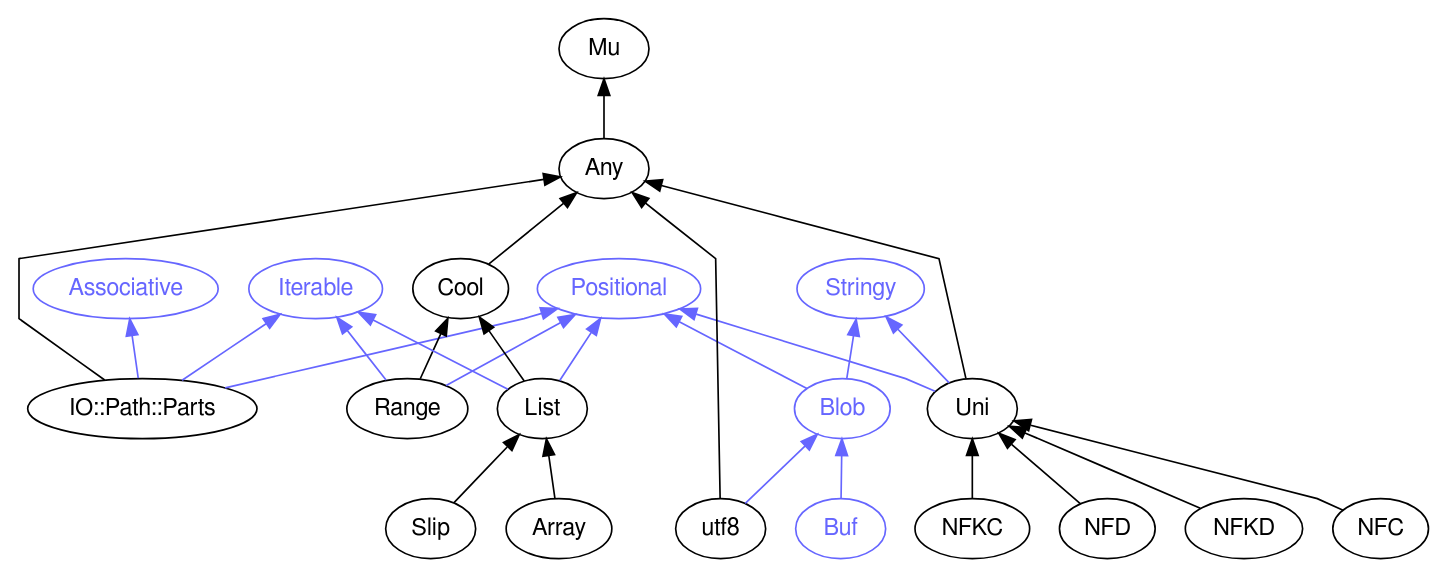
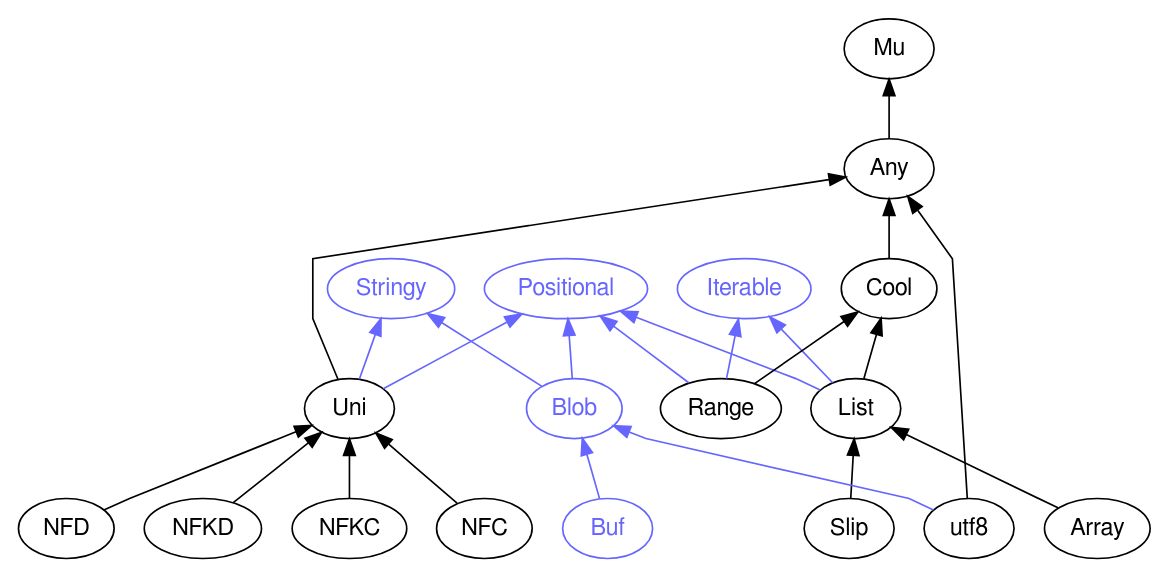
One commit to rakudocs/rakudocs.github.io changed the diagram in images/type-graph-Positional.svg.dot. Above: the diagram before and after it, drawn with Graphviz. The commit also changed 2332 other files, not shown here.

```diff
--- a/images/type-graph-Positional.svg.dot
+++ b/images/type-graph-Positional.svg.dot
@@ -1,57 +1,50 @@
 digraph "perl6-type-graph" {
     rankdir=BT;
     splines=polyline;
     overlap=false; 
-    graph [truecolor=true bgcolor="#FFFFFF"];
     // Types
     "Positional" [color="#6666FF", fontcolor="#6666FF", href="/type/Positional", fontname="FreeSans"];
     "Mu" [color="#000000", fontcolor="#000000", href="/type/Mu", fontname="FreeSans"];
     "Any" [color="#000000", fontcolor="#000000", href="/type/Any", fontname="FreeSans"];
-    "Associative" [color="#6666FF", fontcolor="#6666FF", href="/type/Associative", fontname="FreeSans"];
+    "Stringy" [color="#6666FF", fontcolor="#6666FF", href="/type/Stringy", fontname="FreeSans"];
+    "Uni" [color="#000000", fontcolor="#000000", href="/type/Uni", fontname="FreeSans"];
+    "Cool" [color="#000000", fontcolor="#000000", href="/type/Cool", fontname="FreeSans"];
     "Iterable" [color="#6666FF", fontcolor="#6666FF", href="/type/Iterable", fontname="FreeSans"];
-    "IO::Path::Parts" [color="#000000", fontcolor="#000000", href="/type/IO::Path::Parts", fontname="FreeSans"];
-    "Cool" [color="#000000", fontcolor="#000000", href="/type/Cool", fontname="FreeSans"];
+    "List" [color="#000000", fontcolor="#000000", href="/type/List", fontname="FreeSans"];
+    "Blob" [color="#6666FF", fontcolor="#6666FF", href="/type/Blob", fontname="FreeSans"];
     "Range" [color="#000000", fontcolor="#000000", href="/type/Range", fontname="FreeSans"];
-    "Stringy" [color="#6666FF", fontcolor="#6666FF", href="/type/Stringy", fontname="FreeSans"];
-    "Blob" [color="#6666FF", fontcolor="#6666FF", href="/type/Blob", fontname="FreeSans"];
-    "List" [color="#000000", fontcolor="#000000", href="/type/List", fontname="FreeSans"];
-    "Uni" [color="#000000", fontcolor="#000000", href="/type/Uni", fontname="FreeSans"];
-    "Slip" [color="#000000", fontcolor="#000000", href="/type/Slip", fontname="FreeSans"];
-    "Array" [color="#000000", fontcolor="#000000", href="/type/Array", fontname="FreeSans"];
-    "NFKC" [color="#000000", fontcolor="#000000", href="/type/NFKC", fontname="FreeSans"];
     "NFD" [color="#000000", fontcolor="#000000", href="/type/NFD", fontname="FreeSans"];
     "NFKD" [color="#000000", fontcolor="#000000", href="/type/NFKD", fontname="FreeSans"];
+    "NFKC" [color="#000000", fontcolor="#000000", href="/type/NFKC", fontname="FreeSans"];
     "NFC" [color="#000000", fontcolor="#000000", href="/type/NFC", fontname="FreeSans"];
+    "Array" [color="#000000", fontcolor="#000000", href="/type/Array", fontname="FreeSans"];
+    "Slip" [color="#000000", fontcolor="#000000", href="/type/Slip", fontname="FreeSans"];
     "utf8" [color="#000000", fontcolor="#000000", href="/type/utf8", fontname="FreeSans"];
     "Buf" [color="#6666FF", fontcolor="#6666FF", href="/type/Buf", fontname="FreeSans"];
 
     // Superclasses
     "Any" -> "Mu" [color="#000000"];
-    "IO::Path::Parts" -> "Any" [color="#000000"];
+    "Uni" -> "Any" [color="#000000"];
     "Cool" -> "Any" [color="#000000"];
+    "List" -> "Cool" [color="#000000"];
     "Range" -> "Cool" [color="#000000"];
-    "List" -> "Cool" [color="#000000"];
-    "Uni" -> "Any" [color="#000000"];
-    "Slip" -> "List" [color="#000000"];
-    "Array" -> "List" [color="#000000"];
-    "NFKC" -> "Uni" [color="#000000"];
     "NFD" -> "Uni" [color="#000000"];
     "NFKD" -> "Uni" [color="#000000"];
+    "NFKC" -> "Uni" [color="#000000"];
     "NFC" -> "Uni" [color="#000000"];
+    "Array" -> "List" [color="#000000"];
+    "Slip" -> "List" [color="#000000"];
     "utf8" -> "Any" [color="#000000"];
 
     // Roles
-    "IO::Path::Parts" -> "Positional" [color="#6666FF"];
-    "IO::Path::Parts" -> "Associative" [color="#6666FF"];
-    "IO::Path::Parts" -> "Iterable" [color="#6666FF"];
+    "Uni" -> "Positional" [color="#6666FF"];
+    "Uni" -> "Stringy" [color="#6666FF"];
+    "List" -> "Positional" [color="#6666FF"];
+    "List" -> "Iterable" [color="#6666FF"];
+    "Blob" -> "Positional" [color="#6666FF"];
+    "Blob" -> "Stringy" [color="#6666FF"];
     "Range" -> "Positional" [color="#6666FF"];
     "Range" -> "Iterable" [color="#6666FF"];
-    "Blob" -> "Positional" [color="#6666FF"];
-    "Blob" -> "Stringy" [color="#6666FF"];
-    "List" -> "Positional" [color="#6666FF"];
-    "List" -> "Iterable" [color="#6666FF"];
-    "Uni" -> "Positional" [color="#6666FF"];
-    "Uni" -> "Stringy" [color="#6666FF"];
     "utf8" -> "Blob" [color="#6666FF"];
     "Buf" -> "Blob" [color="#6666FF"];
 }
```
